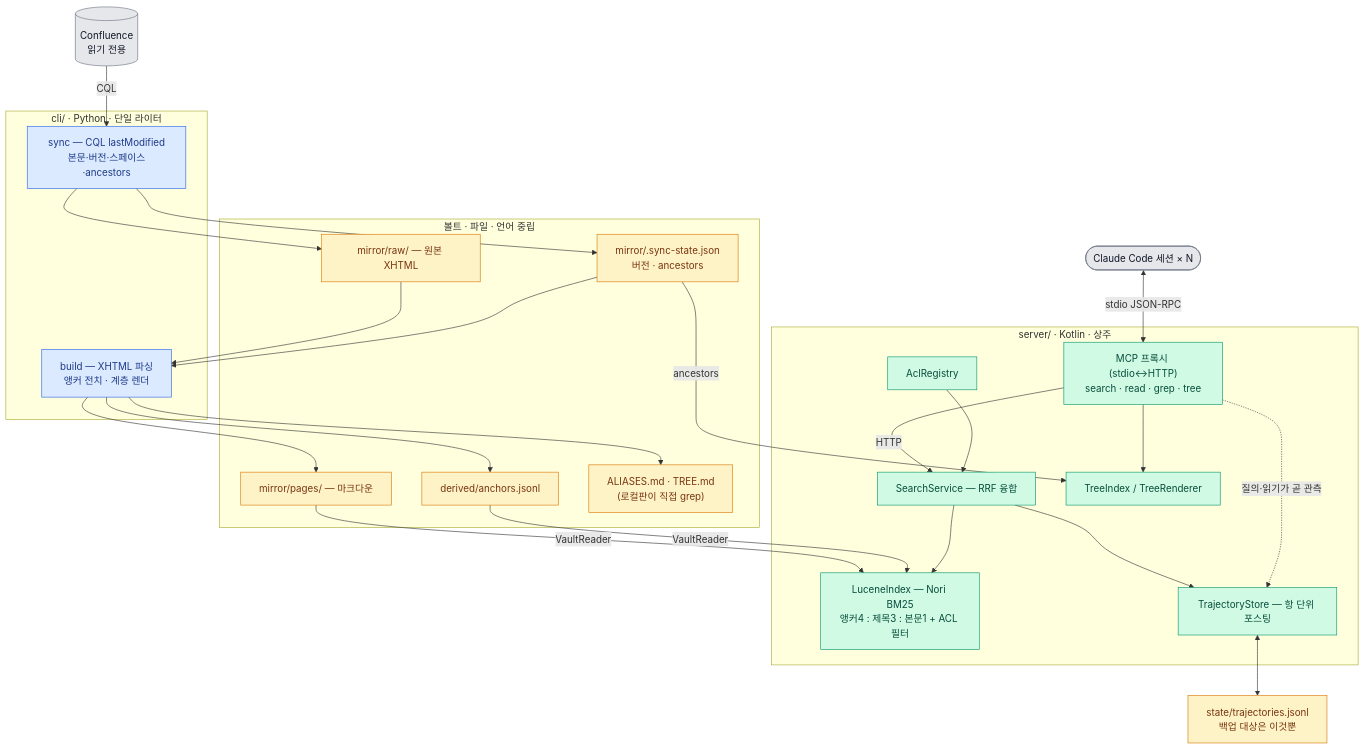
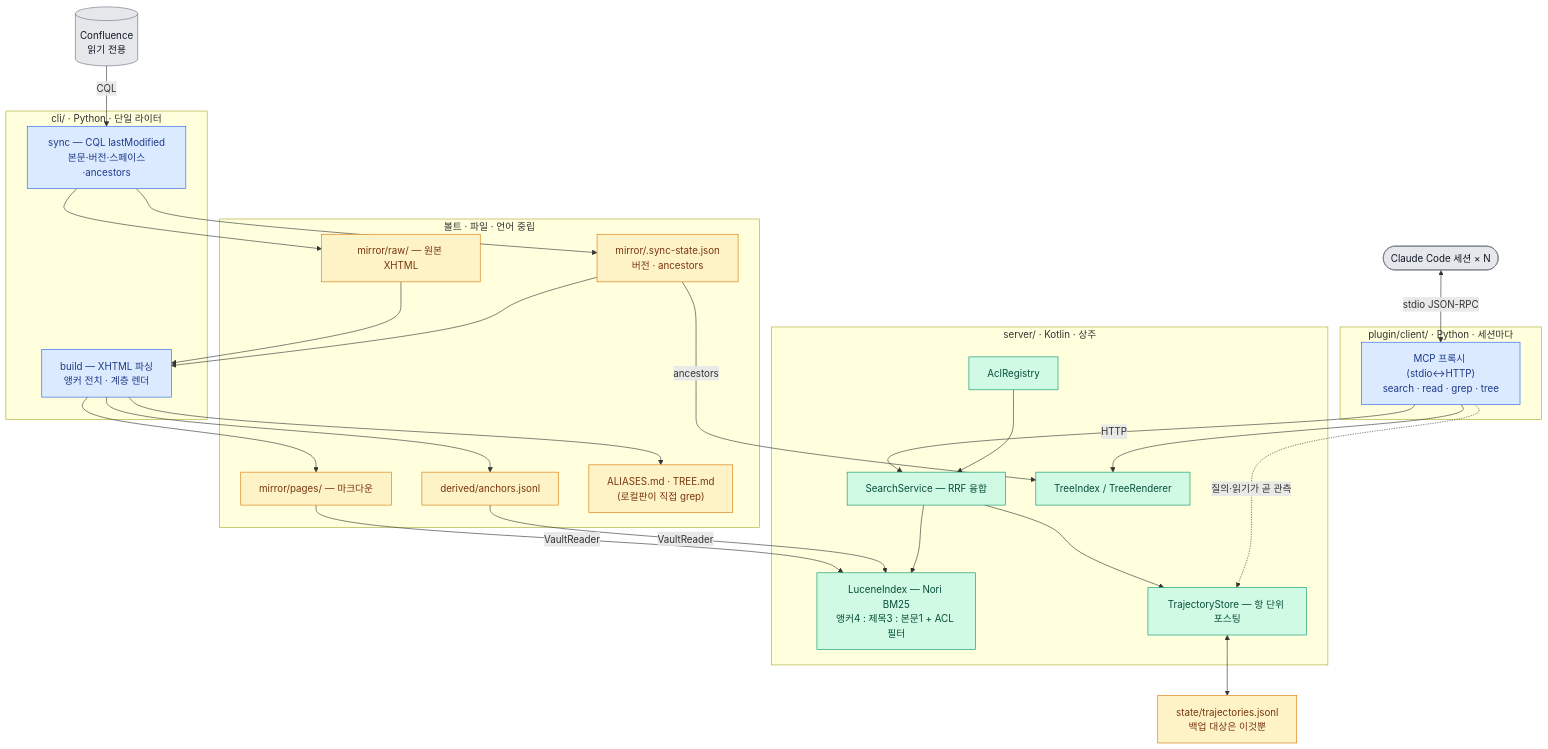
The first of 2 diagrams in docs/architecture.md (mukansei/wikilens), drawn with Mermaid before and after one commit. The commit also changed other lines of this file and 6 other files, not shown here.

````diff
--- a/docs/architecture.md
+++ b/docs/architecture.md
@@ -21,60 +22,64 @@
 ```mermaid
 flowchart TB
     CONF[("Confluence<br/>읽기 전용")]
     SESS(["Claude Code 세션 × N"])
 
     subgraph SYNC["cli/ · Python · 단일 라이터"]
         SY["sync — CQL lastModified<br/>본문·버전·스페이스·ancestors"]
         BU["build — XHTML 파싱<br/>앵커 전치 · 계층 렌더"]
     end
 
     subgraph STORE["볼트 · 파일 · 언어 중립"]
         RAW["mirror/raw/ — 원본 XHTML"]
         PG["mirror/pages/ — 마크다운"]
         ST["mirror/.sync-state.json<br/>버전 · ancestors"]
         DER["derived/anchors.jsonl"]
         MD["ALIASES.md · TREE.md<br/>(로컬판이 직접 grep)"]
     end
 
+    subgraph CLIENT["plugin/client/ · Python · 세션마다"]
+        MCPT["MCP 프록시 (stdio↔HTTP)<br/>search · read · grep · tree"]
+    end
+
     subgraph SRV["server/ · Kotlin · 상주"]
-        MCPT["MCP 프록시 (stdio↔HTTP)<br/>search · read · grep · tree"]
         QRY["SearchService — RRF 융합"]
         IDX["LuceneIndex — Nori BM25<br/>앵커4 : 제목3 : 본문1 + ACL 필터"]
         TR["TreeIndex / TreeRenderer"]
         L2["TrajectoryStore — 항 단위 포스팅"]
         ACLR["AclRegistry"]
     end
 
     STA["state/trajectories.jsonl<br/>백업 대상은 이것뿐"]
 
     CONF -->|"CQL"| SY
     SY --> RAW
     SY --> ST
     RAW --> BU
     ST --> BU
     BU --> PG
     BU --> DER
     BU --> MD
 
     PG -->|"VaultReader"| IDX
     DER -->|"VaultReader"| IDX
     ST -->|"ancestors"| TR
 
     SESS <-->|"stdio JSON-RPC"| MCPT
     MCPT -->|"HTTP"| QRY
     QRY --> IDX
     QRY --> L2
     ACLR --> QRY
     MCPT --> TR
     MCPT -.->|"질의·읽기가 곧 관측"| L2
     L2 <--> STA
 
     classDef ext fill:#e5e7eb,stroke:#6b7280,color:#111827
     classDef py fill:#dbeafe,stroke:#2563eb,color:#1e3a8a
     classDef kt fill:#d1fae5,stroke:#059669,color:#064e3b
     classDef st fill:#fef3c7,stroke:#d97706,color:#78350f
     class CONF,SESS ext
     class SY,BU py
-    class MCPT,QRY,IDX,TR,L2,ACLR kt
+    class QRY,IDX,TR,L2,ACLR kt
+    class MCPT py
     class RAW,PG,ST,DER,MD,STA st
 ```
````
